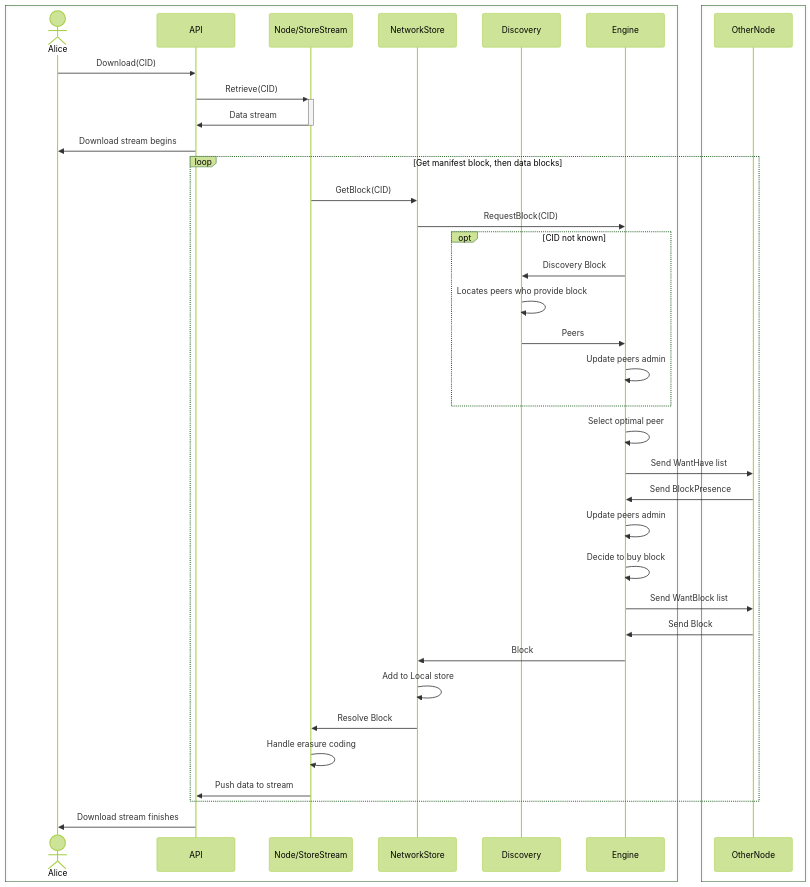
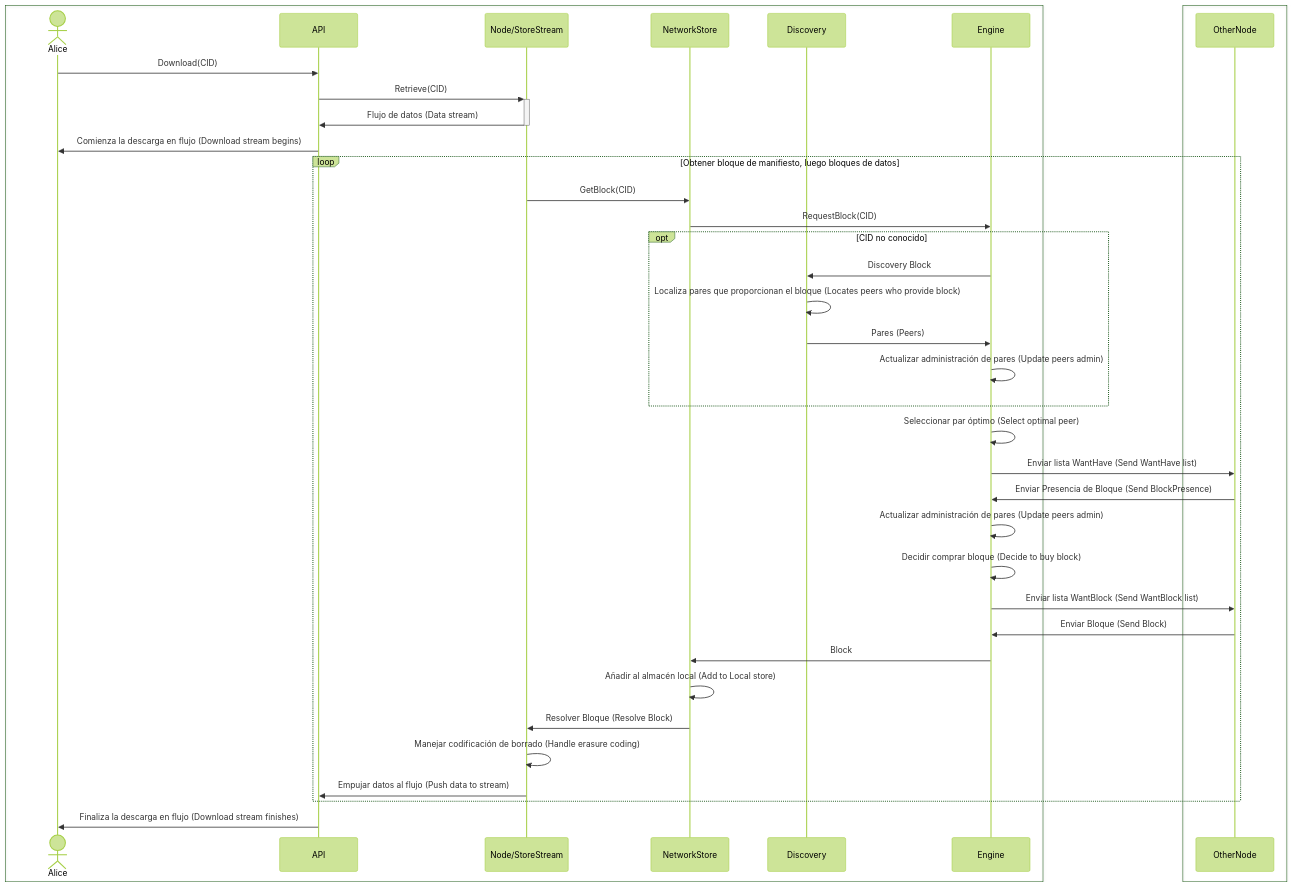
Before and after one commit to codex-storage/codex-docs: the second of 2 diagrams in learn/download-flow.md, drawn with Mermaid (forest theme). The commit also changed other lines of this file, not shown here.

Commit message:
Update download-flow.md
Spanish translation

````diff
--- a/learn/download-flow.md
+++ b/learn/download-flow.md
@@ -27,41 +29,41 @@
 ```mermaid
 sequenceDiagram
 box
 actor Alice
 participant API
 participant Node/StoreStream
 participant NetworkStore
 participant Discovery
 participant Engine
 end
 box
 participant OtherNode
 end
 Alice->>API: Download(CID)
 API->>+Node/StoreStream: Retrieve(CID)
-Node/StoreStream->>-API: Data stream
-API->>Alice: Download stream begins
-loop Get manifest block, then data blocks
+Node/StoreStream->>-API: Flujo de datos (Data stream)
+API->>Alice: Comienza la descarga en flujo (Download stream begins)
+loop Obtener bloque de manifiesto, luego bloques de datos
     Node/StoreStream->>NetworkStore: GetBlock(CID)
     NetworkStore->>Engine: RequestBlock(CID)
-    opt CID not known
+    opt CID no conocido
     Engine->>Discovery: Discovery Block
-    Discovery->>Discovery: Locates peers who provide block
-    Discovery->>Engine: Peers
-    Engine->>Engine: Update peers admin
+    Discovery->>Discovery: Localiza pares que proporcionan el bloque (Locates peers who provide block)
+    Discovery->>Engine: Pares (Peers)
+    Engine->>Engine: Actualizar administración de pares (Update peers admin)
     end
-    Engine->>Engine: Select optimal peer
-    Engine->>OtherNode: Send WantHave list
-    OtherNode->>Engine: Send BlockPresence
-    Engine->>Engine: Update peers admin
-    Engine->>Engine: Decide to buy block
-    Engine->>OtherNode: Send WantBlock list
-    OtherNode->>Engine: Send Block
+    Engine->>Engine: Seleccionar par óptimo (Select optimal peer)
+    Engine->>OtherNode: Enviar lista WantHave (Send WantHave list)
+    OtherNode->>Engine: Enviar Presencia de Bloque (Send BlockPresence)
+    Engine->>Engine: Actualizar administración de pares (Update peers admin)
+    Engine->>Engine: Decidir comprar bloque (Decide to buy block)
+    Engine->>OtherNode: Enviar lista WantBlock (Send WantBlock list)
+    OtherNode->>Engine: Enviar Bloque (Send Block)
     Engine->>NetworkStore: Block
-    NetworkStore->>NetworkStore: Add to Local store
-    NetworkStore->>Node/StoreStream: Resolve Block
-    Node/StoreStream->>Node/StoreStream: Handle erasure coding
-    Node/StoreStream->>API: Push data to stream
+    NetworkStore->>NetworkStore: Añadir al almacén local (Add to Local store)
+    NetworkStore->>Node/StoreStream: Resolver Bloque (Resolve Block)
+    Node/StoreStream->>Node/StoreStream: Manejar codificación de borrado (Handle erasure coding)
+    Node/StoreStream->>API: Empujar datos al flujo (Push data to stream)
 end
-API->>Alice: Download stream finishes
+API->>Alice: Finaliza la descarga en flujo (Download stream finishes)
 ```
````
